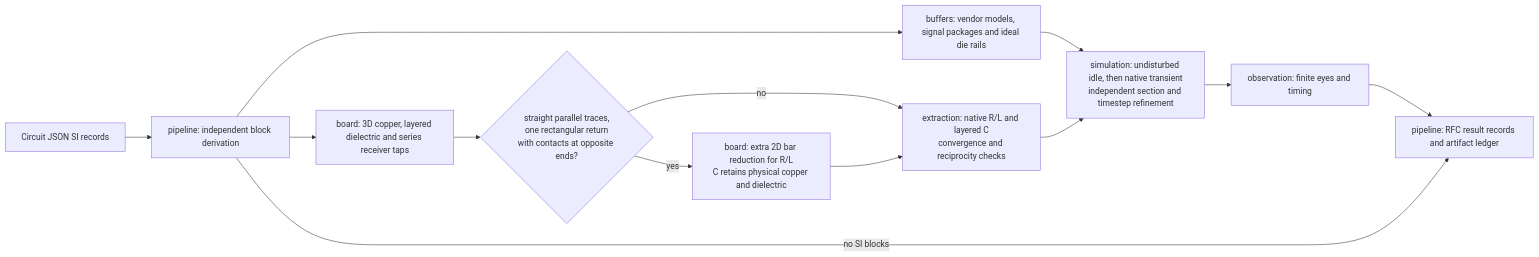
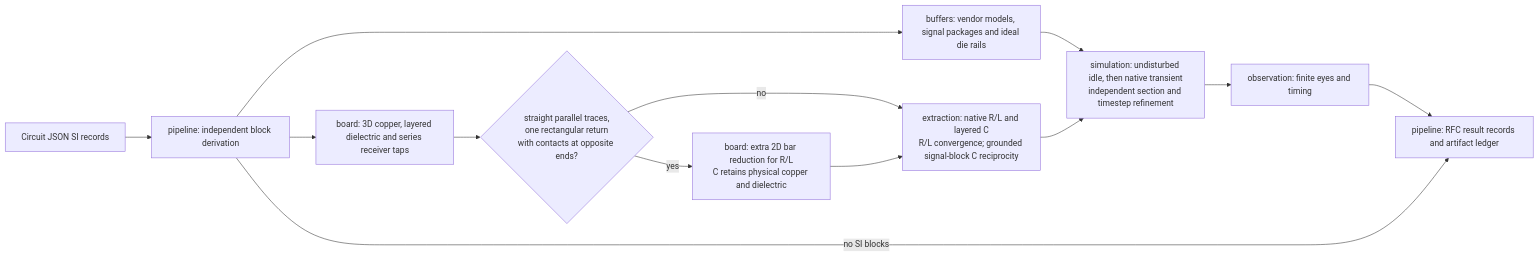
Before and after one commit to tscircuit/pcb-spice-pipeline: the first of 2 diagrams in docs/ARCHITECTURE.md, drawn with Mermaid. The commit also changed 9 other files, not shown here.

````diff
--- a/docs/ARCHITECTURE.md
+++ b/docs/ARCHITECTURE.md
@@ -9,15 +9,15 @@
 ```mermaid
 flowchart LR
   source["Circuit JSON SI records"] --> derive["pipeline: independent block derivation"]
   derive --> board3d["board: 3D copper, layered dielectric and series receiver taps"]
   board3d --> check{"straight parallel traces,<br/>one rectangular return<br/>with contacts at opposite ends?"}
   check -->|"yes"| bars["board: extra 2D bar reduction for R/L<br/>C retains physical copper and dielectric"]
   check -->|"no"| extract
-  bars --> extract["extraction: native R/L and layered C<br/>convergence and reciprocity checks"]
+  bars --> extract["extraction: native R/L and layered C<br/>R/L convergence; grounded signal-block C reciprocity"]
   derive --> buffers["buffers: vendor models, signal packages and ideal die rails"]
   buffers --> simulate["simulation: undisturbed idle, then native transient<br/>independent section and timestep refinement"]
   extract --> simulate
   simulate --> observe["observation: finite eyes and timing"]
   observe --> results["pipeline: RFC result records and artifact ledger"]
   derive -->|"no SI blocks"| results
 ```
````
